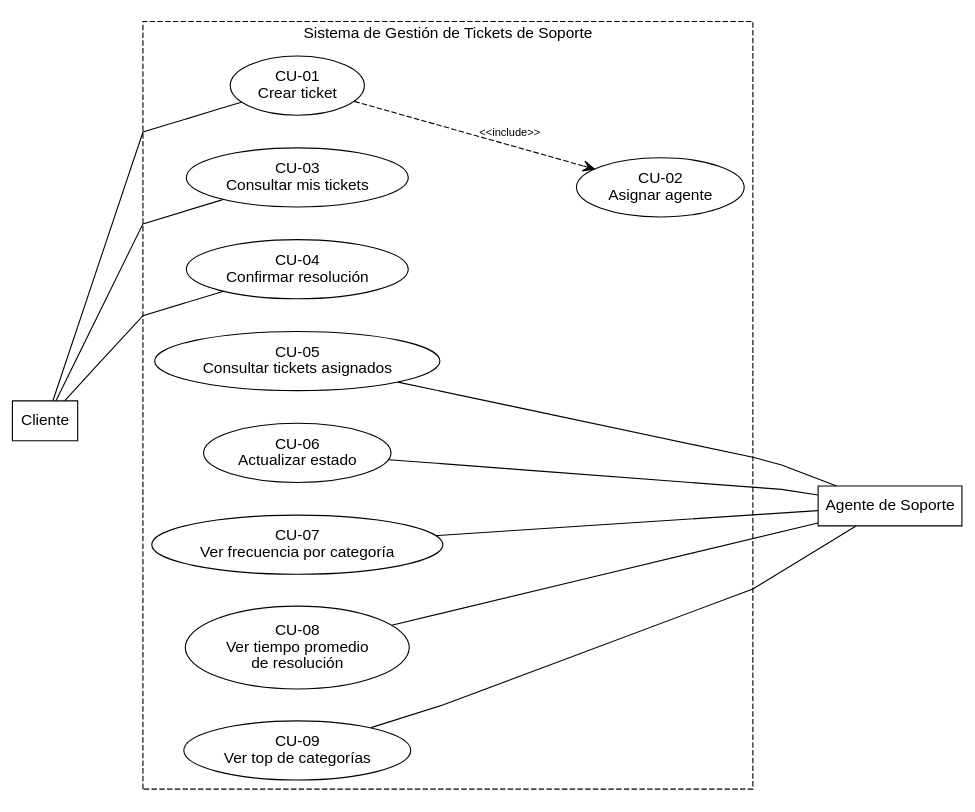
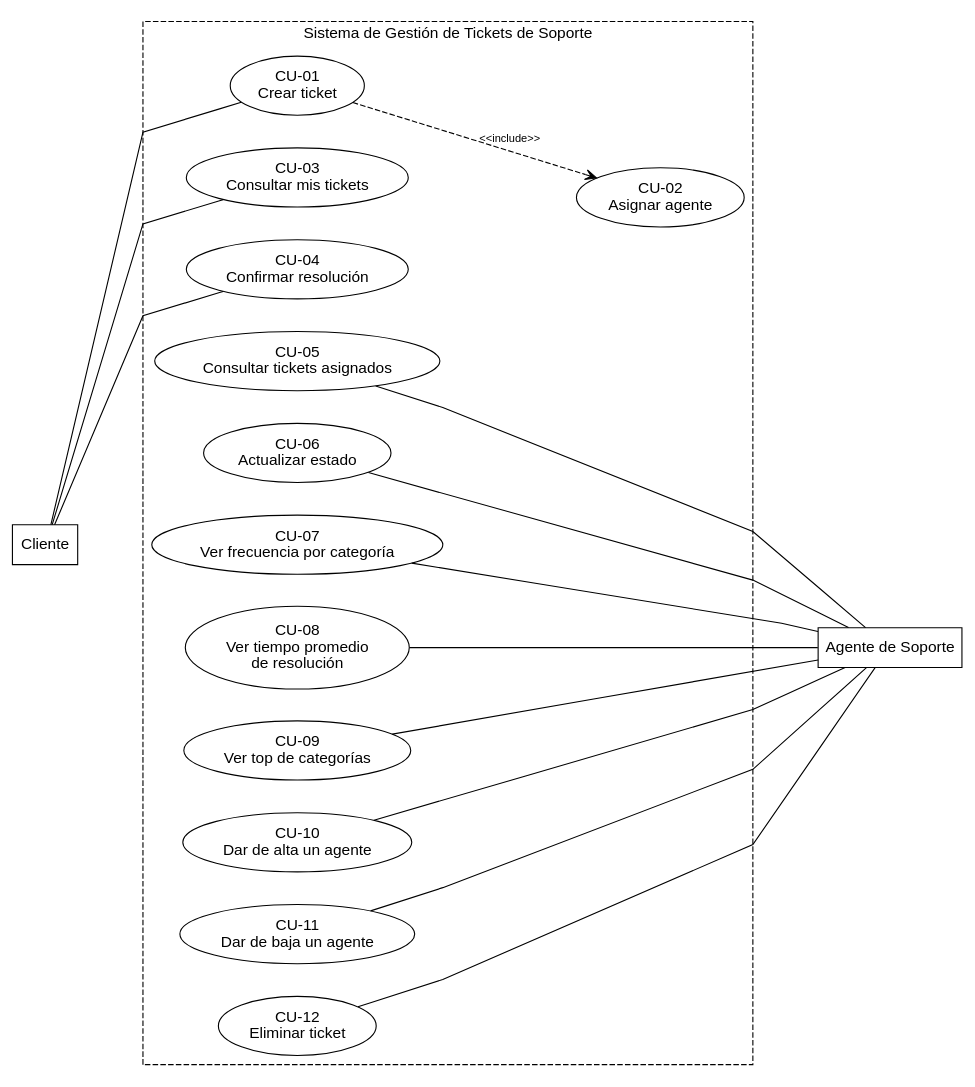
Before and after one commit to lucho-peralta/gestionTickets: the diagram in documentacion/13_casos_de_uso.md, drawn with Graphviz. The commit also changed other lines of this file and 29 other files, not shown here.

````diff
--- a/documentacion/13_casos_de_uso.md
+++ b/documentacion/13_casos_de_uso.md
@@ -9,52 +9,61 @@
 ```dot
 digraph CasosDeUso {
     rankdir=LR;
     splines=polyline;
     nodesep=0.4;
     ranksep=0.9;
     fontname="Helvetica,Arial,sans-serif";
     node [fontname="Helvetica,Arial,sans-serif", shape=ellipse];
     edge [fontname="Helvetica,Arial,sans-serif", fontsize=10, dir=none];
 
     // Actores: Cliente en la primera columna, Agente en la última
     Cliente [label="Cliente", shape=box];
     Agente  [label="Agente de Soporte", shape=box];
     { rank=min; Cliente; }
     { rank=max; Agente; }
 
     subgraph cluster_sistema {
         label="Sistema de Gestión de Tickets de Soporte";
         style=dashed;
 
         UC1 [label="CU-01\nCrear ticket"];
         UC2 [label="CU-02\nAsignar agente"];
         UC3 [label="CU-03\nConsultar mis tickets"];
         UC4 [label="CU-04\nConfirmar resolución"];
         UC5 [label="CU-05\nConsultar tickets asignados"];
         UC6 [label="CU-06\nActualizar estado"];
         UC7 [label="CU-07\nVer frecuencia por categoría"];
         UC8 [label="CU-08\nVer tiempo promedio\nde resolución"];
         UC9 [label="CU-09\nVer top de categorías"];
+        UC10 [label="CU-10\nDar de alta un agente"];
+        UC11 [label="CU-11\nDar de baja un agente"];
+        UC12 [label="CU-12\nEliminar ticket"];
     }
 
     Cliente -> UC1;
     Cliente -> UC3;
     Cliente -> UC4;
 
     UC5 -> Agente;
     UC6 -> Agente;
     UC7 -> Agente;
     UC8 -> Agente;
     UC9 -> Agente;
+    UC10 -> Agente;
+    UC11 -> Agente;
+    UC12 -> Agente;
 
     UC1 -> UC2 [label="<<include>>", style=dashed, dir=forward, arrowhead=open];
 
     // Invisibles: solo ordenan columnas (no se dibujan)
     Cliente -> UC5 [style=invis];
     Cliente -> UC6 [style=invis];
     Cliente -> UC7 [style=invis];
     Cliente -> UC8 [style=invis];
     Cliente -> UC9 [style=invis];
+    Cliente -> UC10 [style=invis];
+    Cliente -> UC11 [style=invis];
+    Cliente -> UC12 [style=invis];
     UC2 -> Agente [style=invis];
 }
 ```
````
